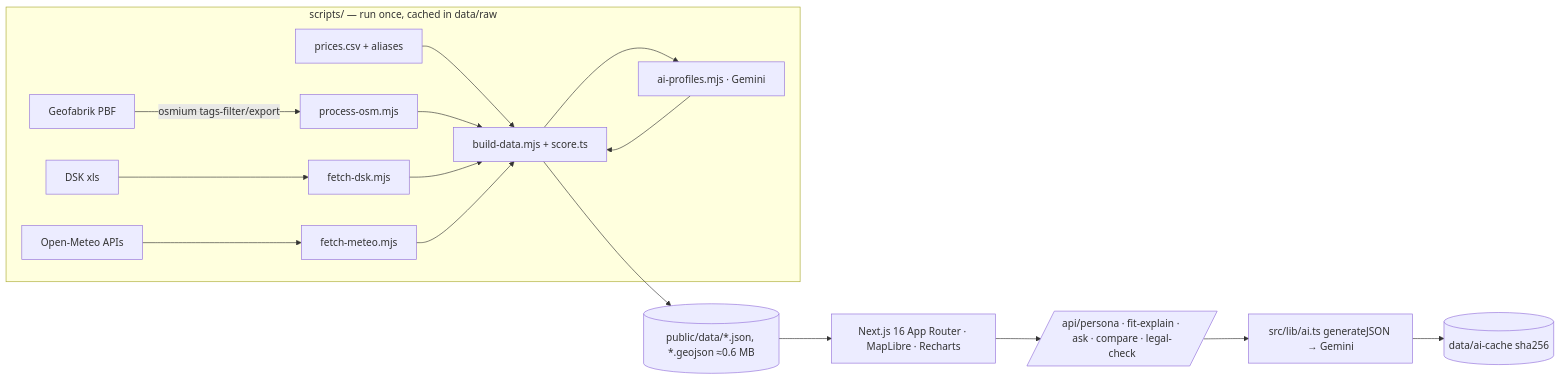
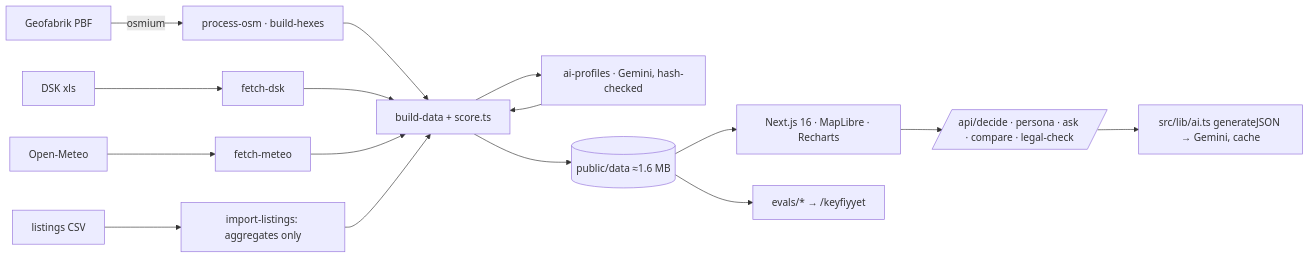
The second of 2 diagrams in README.md (serxan22/7byteNB), drawn with Mermaid before and after one commit. The commit also changed other lines of this file and 47 other files, not shown here.

````diff
--- a/README.md
+++ b/README.md
@@ -88,19 +105,15 @@
 ```mermaid
 flowchart LR
-  subgraph Pipeline [scripts/ — run once, cached in data/raw]
-    A[Geofabrik PBF] -->|osmium tags-filter/export| B[process-osm.mjs]
-    C[DSK xls] --> D[fetch-dsk.mjs]
-    E[Open-Meteo APIs] --> F[fetch-meteo.mjs]
-    G[prices.csv + aliases] --> H
-    B --> H[build-data.mjs + score.ts]
-    D --> H
-    F --> H
-    H --> I[ai-profiles.mjs · Gemini]
-    I --> H
-  end
-  H --> J[(public/data/*.json, *.geojson ≈0.6 MB)]
-  J --> K[Next.js 16 App Router · MapLibre · Recharts]
-  K --> L[/api/persona · fit-explain · ask · compare · legal-check/]
-  L --> M[src/lib/ai.ts generateJSON → Gemini]
-  M --> N[(data/ai-cache sha256)]
+  A[Geofabrik PBF] -->|osmium| B[process-osm · build-hexes]
+  C[DSK xls] --> D[fetch-dsk]
+  E[Open-Meteo] --> F[fetch-meteo]
+  L[listings CSV] --> M[import-listings: aggregates only]
+  B & D & F & M --> H[build-data + score.ts]
+  H --> P[ai-profiles · Gemini, hash-checked]
+  P --> H
+  H --> J[(public/data ≈1.6 MB)]
+  J --> N[Next.js 16 · MapLibre · Recharts]
+  N --> X[/api/decide · persona · ask · compare · legal-check/]
+  X --> G[src/lib/ai.ts generateJSON → Gemini, cache]
+  J --> T[evals/* → /keyfiyyet]
 ```
````
